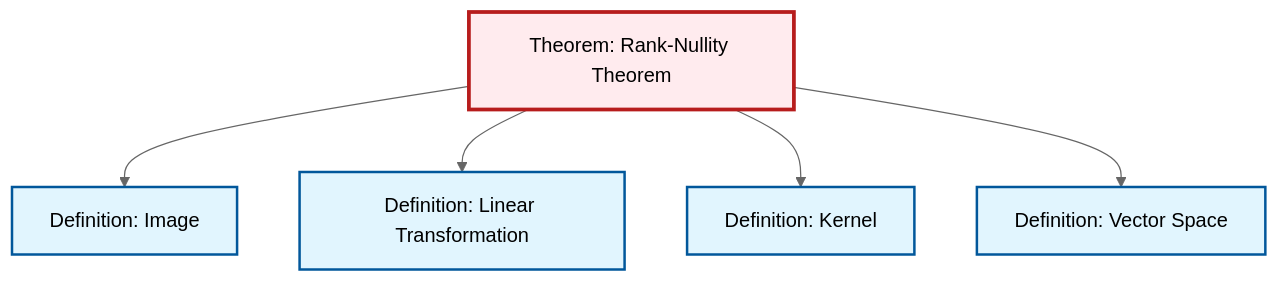
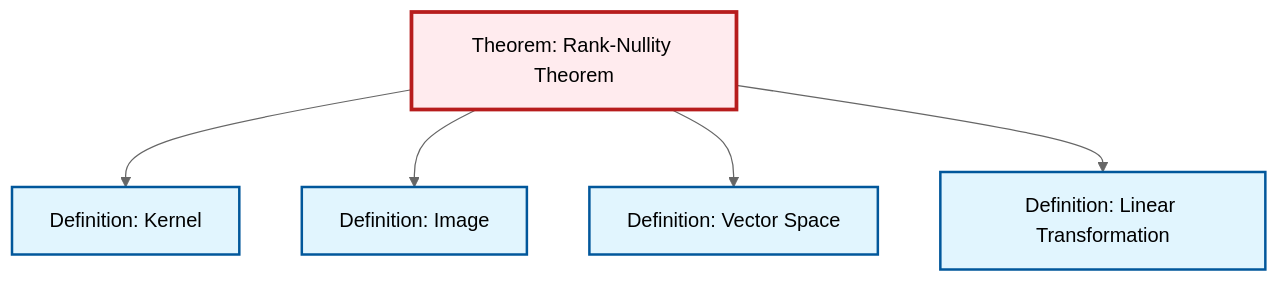
The diagram in content/en/algebra/thm-rank-nullity.qmd (RK0429/ModernMath), drawn with Mermaid (neutral theme) before and after one commit. The commit also changed other lines of this file and 474 other files, not shown here.

````diff
--- a/content/en/algebra/thm-rank-nullity.qmd
+++ b/content/en/algebra/thm-rank-nullity.qmd
@@ -55,23 +55,23 @@
 ```{mermaid}
 %%| fig-cap: "Local dependency graph"
 graph TD
     classDef definition fill:#e1f5fe,stroke:#01579b,stroke-width:2px
     classDef theorem fill:#f3e5f5,stroke:#4a148c,stroke-width:2px
     classDef axiom fill:#fff3e0,stroke:#e65100,stroke-width:2px
     classDef example fill:#e8f5e9,stroke:#1b5e20,stroke-width:2px
     classDef current fill:#ffebee,stroke:#b71c1c,stroke-width:3px
+    def-image["Definition: Image"]:::definition
     def-linear-transformation["Definition: Linear Transformation"]:::definition
+    def-vector-space["Definition: Vector Space"]:::definition
+    thm-rank-nullity["Theorem: Rank-Nullity Theorem"]:::theorem
     def-kernel["Definition: Kernel"]:::definition
-    def-image["Definition: Image"]:::definition
-    thm-rank-nullity["Theorem: Rank-Nullity Theorem"]:::theorem
-    def-vector-space["Definition: Vector Space"]:::definition
+    thm-rank-nullity --> def-kernel
     thm-rank-nullity --> def-image
+    thm-rank-nullity --> def-vector-space
     thm-rank-nullity --> def-linear-transformation
-    thm-rank-nullity --> def-kernel
-    thm-rank-nullity --> def-vector-space
     class thm-rank-nullity current
+    click def-image "def-image.html" "Go to Image definition"
     click def-linear-transformation "def-linear-transformation.html" "Go to Linear Transformation definition"
+    click def-vector-space "def-vector-space.html" "Go to Vector Space definition"
     click def-kernel "def-kernel.html" "Go to Kernel definition"
-    click def-image "def-image.html" "Go to Image definition"
-    click def-vector-space "def-vector-space.html" "Go to Vector Space definition"
 ```
````
